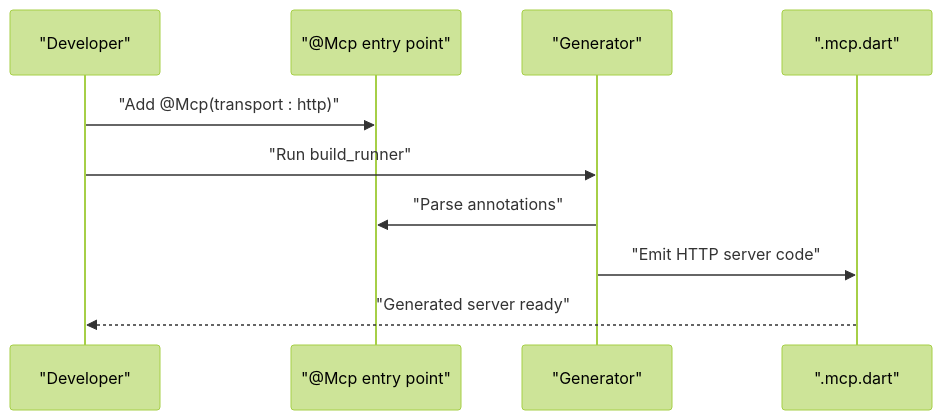
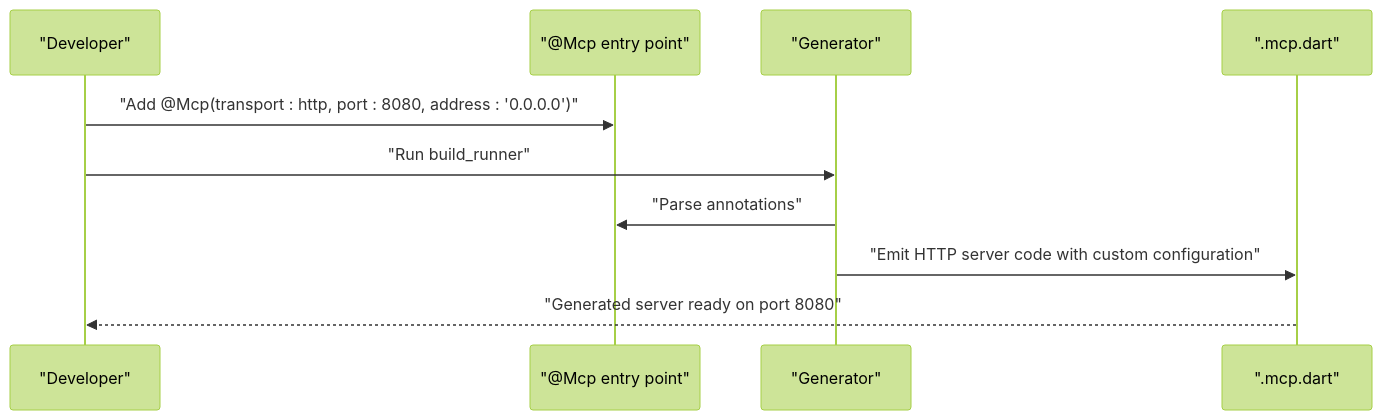
Before and after one commit to cdavis-code/easy_mcp_workspace: the third of 6 diagrams in .qoder/repowiki/en/content/Example Implementation/Example Project Setup and Configuration.md, drawn with Mermaid (forest theme). The commit also changed other lines of this file and 13 other files, not shown here.

````diff
--- a/.qoder/repowiki/en/content/Example Implementation/Example Project Setup and Configuration.md
+++ b/.qoder/repowiki/en/content/Example Implementation/Example Project Setup and Configuration.md
@@ -148,12 +164,12 @@
 ```mermaid
 sequenceDiagram
 participant Dev as "Developer"
 participant Entry as "@Mcp entry point"
 participant Gen as "Generator"
 participant Out as ".mcp.dart"
-Dev->>Entry : "Add @Mcp(transport : http)"
+Dev->>Entry : "Add @Mcp(transport : http, port : 8080, address : '0.0.0.0')"
 Dev->>Gen : "Run build_runner"
 Gen->>Entry : "Parse annotations"
-Gen->>Out : "Emit HTTP server code"
-Out-->>Dev : "Generated server ready"
+Gen->>Out : "Emit HTTP server code with custom configuration"
+Out-->>Dev : "Generated server ready on port 8080"
 ```
````
